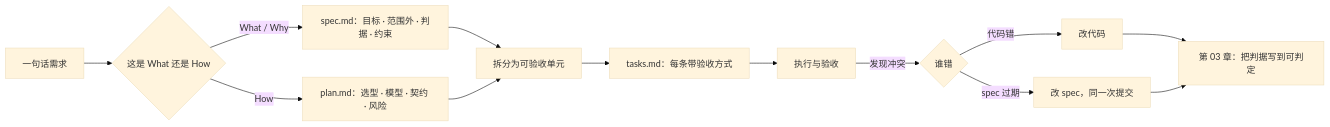
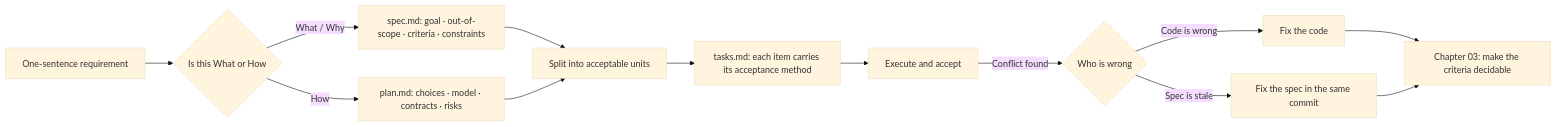
Before and after one commit to xzlxiao/vibe-coding-textbook: the second of 2 diagrams in phase2/chapters/ch02-spec-as-interface.md, drawn with Mermaid (base theme). The commit also changed other lines of this file and 15 other files, not shown here.

````diff
--- a/phase2/chapters/ch02-spec-as-interface.md
+++ b/phase2/chapters/ch02-spec-as-interface.md
@@ -216,15 +216,15 @@
 ```mermaid
 flowchart LR
-    A["一句话需求"] --> B{"这是 What 还是 How"}
-    B -->|"What / Why"| C["spec.md：目标 · 范围外 · 判据 · 约束"]
-    B -->|"How"| D["plan.md：选型 · 模型 · 契约 · 风险"]
-    C --> E["拆分为可验收单元"]
+    A["One-sentence requirement"] --> B{"Is this What or How"}
+    B -->|"What / Why"| C["spec.md: goal · out-of-scope · criteria · constraints"]
+    B -->|"How"| D["plan.md: choices · model · contracts · risks"]
+    C --> E["Split into acceptable units"]
     D --> E
-    E --> F["tasks.md：每条带验收方式"]
-    F --> G["执行与验收"]
-    G -->|"发现冲突"| H{"谁错"}
-    H -->|"代码错"| I["改代码"]
-    H -->|"spec 过期"| J["改 spec，同一次提交"]
-    I --> K["第 03 章：把判据写到可判定"]
+    E --> F["tasks.md: each item carries its acceptance method"]
+    F --> G["Execute and accept"]
+    G -->|"Conflict found"| H{"Who is wrong"}
+    H -->|"Code is wrong"| I["Fix the code"]
+    H -->|"Spec is stale"| J["Fix the spec in the same commit"]
+    I --> K["Chapter 03: make the criteria decidable"]
     J --> K
 ```
````
